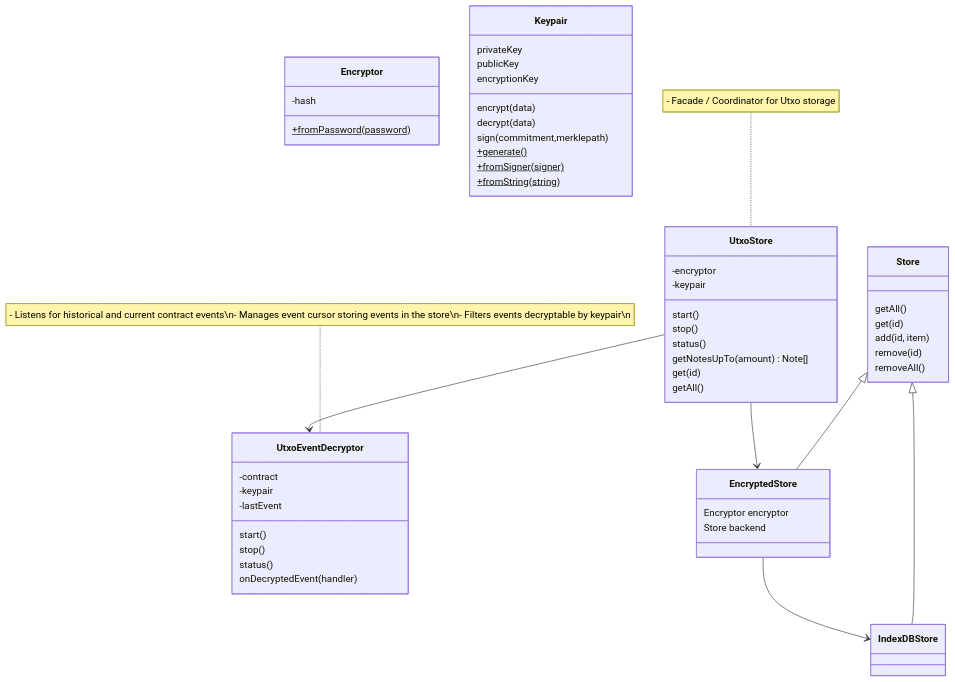
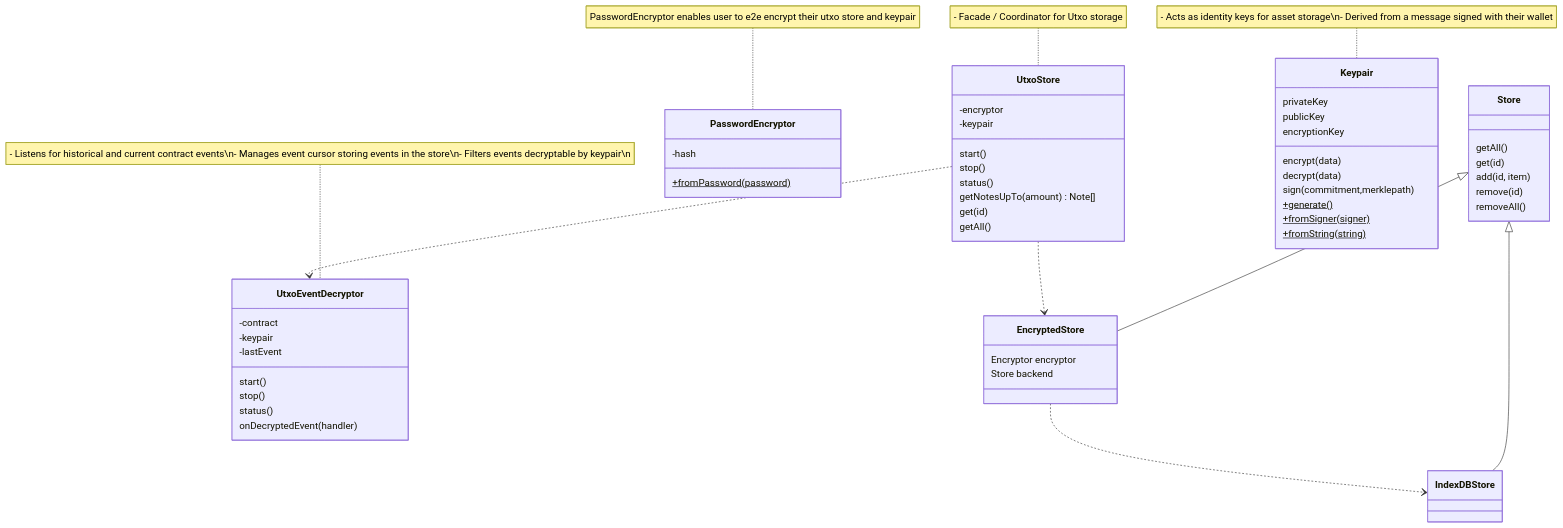
The diagram in README.md (blockhackersio/zrclib), drawn with Mermaid before and after one commit.

````diff
--- a/README.md
+++ b/README.md
@@ -85,66 +85,66 @@
 ```mermaid
 
 classDiagram
     note for UtxoStore "- Facade / Coordinator for Utxo storage"
 
     class UtxoStore
     UtxoStore: -encryptor
     UtxoStore: -keypair
     UtxoStore: start()
     UtxoStore: stop()
     UtxoStore: status()
     UtxoStore: getNotesUpTo(amount) Note[]
     UtxoStore: get(id)
     UtxoStore: getAll()
 
     note for UtxoEventDecryptor "- Listens for historical and current contract events\n- Manages event cursor storing events in the store\n- Filters events decryptable by keypair\n"
 
     class UtxoEventDecryptor
     UtxoEventDecryptor: -contract
     UtxoEventDecryptor: -keypair
     UtxoEventDecryptor: -lastEvent
     UtxoEventDecryptor: start()
     UtxoEventDecryptor: stop()
     UtxoEventDecryptor: status()
     UtxoEventDecryptor: onDecryptedEvent(handler)
 
-    class Encryptor
-    Encryptor: -hash
-    Encryptor: +fromPassword(password)$
+    note for PasswordEncryptor "PasswordEncryptor enables user to e2e encrypt their utxo store and keypair"
+
+    class PasswordEncryptor
+    PasswordEncryptor: -hash
+    PasswordEncryptor: +fromPassword(password)$
 
     class Store
     Store: getAll()
     Store: get(id)
     Store: add(id, item)
     Store: remove(id)
     Store: removeAll()
 
     class EncryptedStore
     EncryptedStore: Encryptor encryptor
     EncryptedStore: Store backend
 
     class IndexDBStore
 
     Store <|-- EncryptedStore
     Store <|-- IndexDBStore
 
-    EncryptedStore --> IndexDBStore
+    note for Keypair "- Acts as identity keys for asset storage\n- Derived from a message signed with their wallet"
 
     class Keypair
     Keypair: privateKey
     Keypair: publicKey
     Keypair: encryptionKey
     Keypair: encrypt(data)
     Keypair: decrypt(data)
     Keypair: sign(commitment,merklepath)
     Keypair: +generate()$
     Keypair: +fromSigner(signer)$
     Keypair: +fromString(string)$
 
-
-    UtxoStore --> EncryptedStore
-    UtxoStore --> UtxoEventDecryptor
-
-
+    UtxoStore ..> EncryptedStore
+    EncryptedStore ..> IndexDBStore
+    UtxoStore ..> UtxoEventDecryptor
 
 ```
````
